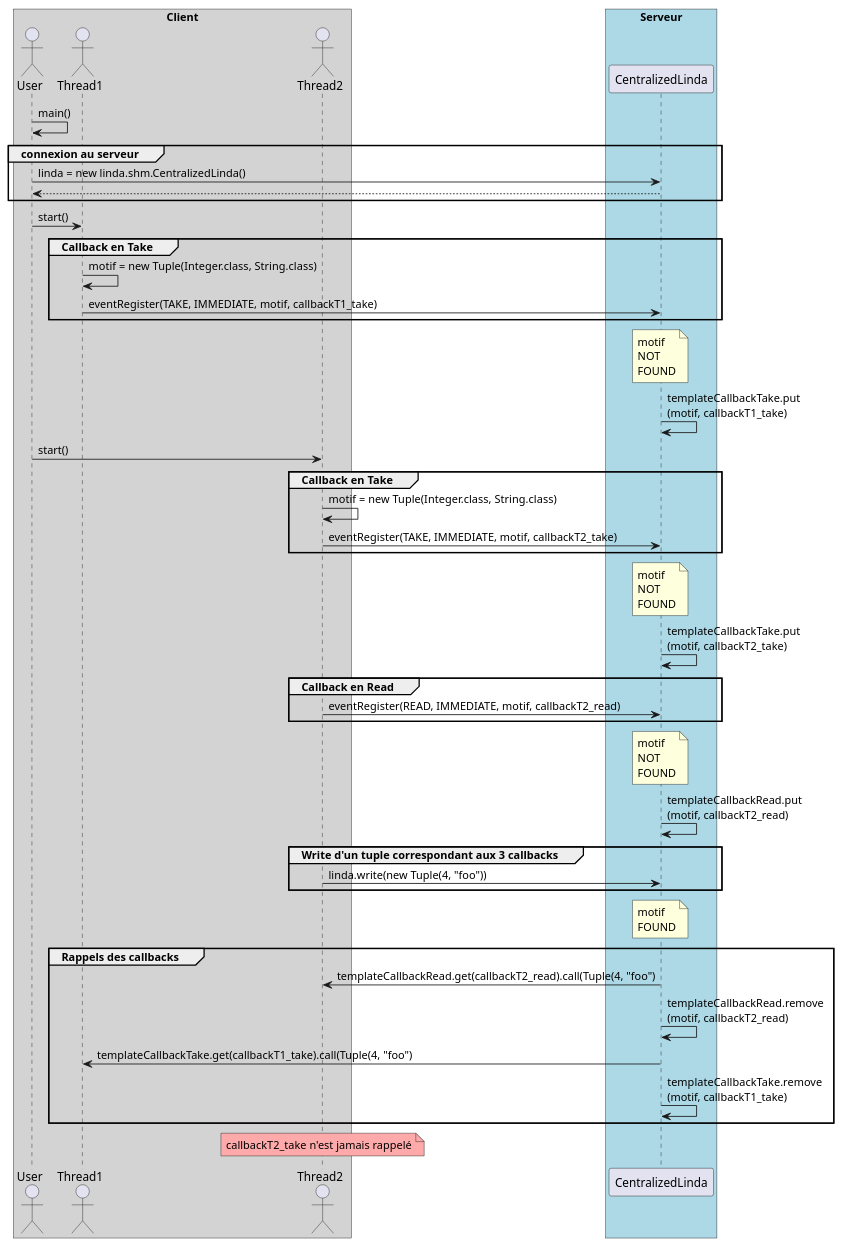
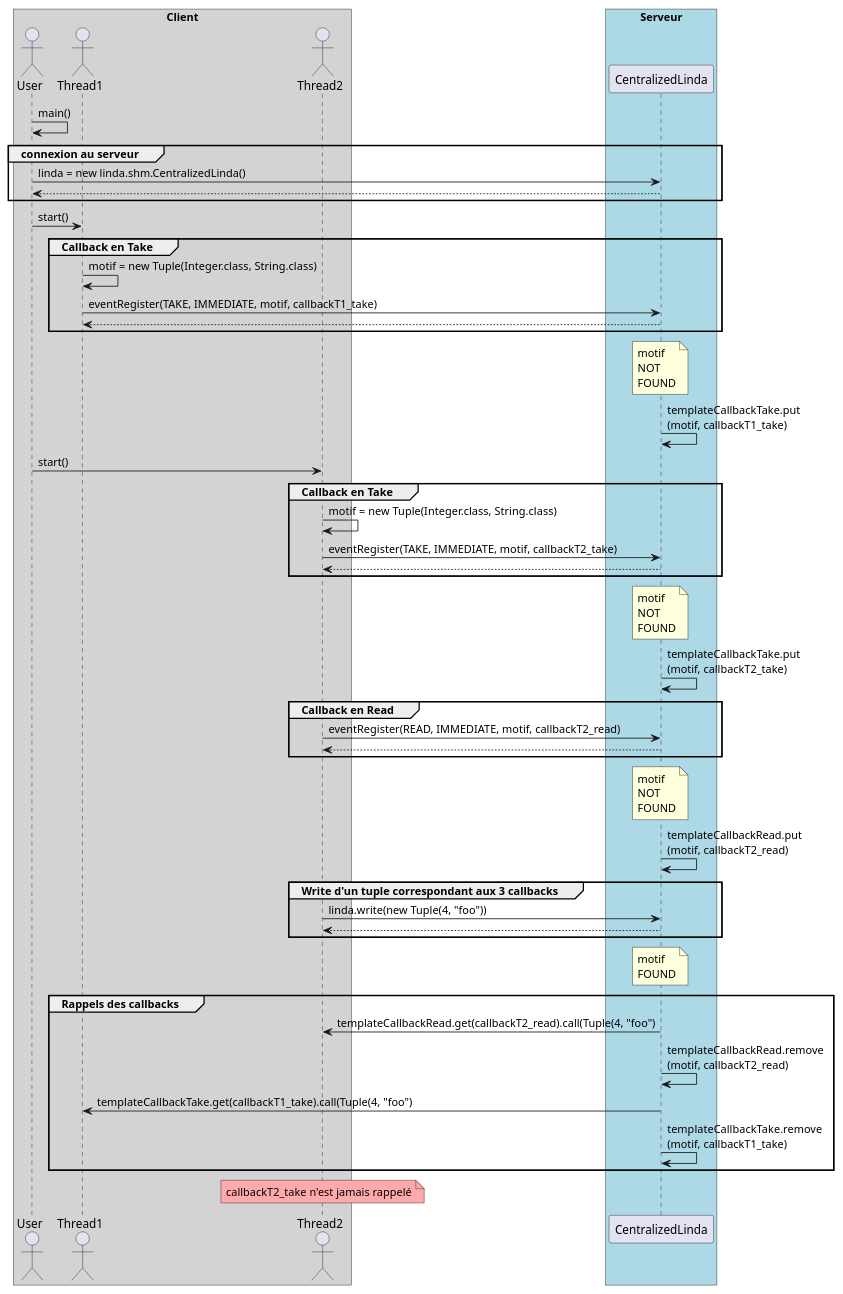
One commit to HayZun/Intergiciel changed the diagram in linda/shm/Diagram/Sequences/Sequence_callbacks.plantuml. Above: the diagram before and after it, drawn with PlantUML. The commit also changed 11 other files, not shown here.

```diff
--- a/linda/shm/Diagram/Sequences/Sequence_callbacks.plantuml
+++ b/linda/shm/Diagram/Sequences/Sequence_callbacks.plantuml
@@ -1,82 +1,90 @@
 @startuml
 
 box "Client" #LightGrey
 actor User
 actor Thread1
 actor Thread2
 end box
 box "Serveur" #LightBlue
 participant "CentralizedLinda" as Linda
 end box
 
 User -> User: main()
 
 group connexion au serveur
 
 User -> Linda: linda = new linda.shm.CentralizedLinda()
 
 Linda --> User
 
 end
 
 User -> Thread1: start()
 
 group Callback en Take
 
 Thread1 -> Thread1 : motif = new Tuple(Integer.class, String.class)
 
 Thread1 -> Linda: eventRegister(TAKE, IMMEDIATE, motif, callbackT1_take)
 
+Linda --> Thread1
+
 end
 
 note over Linda : motif \nNOT \nFOUND
 
 Linda -> Linda : templateCallbackTake.put\n(motif, callbackT1_take)
 
 User -> Thread2: start()
 
 group Callback en Take
 
 Thread2 -> Thread2 : motif = new Tuple(Integer.class, String.class)
 
 Thread2 -> Linda: eventRegister(TAKE, IMMEDIATE, motif, callbackT2_take)
 
+Linda --> Thread2
+
 end
 
 note over Linda : motif \nNOT \nFOUND
 
 Linda -> Linda : templateCallbackTake.put\n(motif, callbackT2_take)
 
 group Callback en Read
 
 Thread2 -> Linda: eventRegister(READ, IMMEDIATE, motif, callbackT2_read)
 
+Linda --> Thread2
+
 end
 
 note over Linda : motif \nNOT \nFOUND
 
 Linda -> Linda : templateCallbackRead.put\n(motif, callbackT2_read)
 
 group Write d'un tuple correspondant aux 3 callbacks
 
 Thread2 -> Linda: linda.write(new Tuple(4, "foo"))
+
+Linda --> Thread2
 
 end
 
 note over Linda : motif \nFOUND
 
 group Rappels des callbacks
 
 Linda -> Thread2 : templateCallbackRead.get(callbackT2_read).call(Tuple(4, "foo") 
 
 Linda -> Linda : templateCallbackRead.remove\n(motif, callbackT2_read)
 
 Linda -> Thread1 : templateCallbackTake.get(callbackT1_take).call(Tuple(4, "foo")
 
 Linda -> Linda : templateCallbackTake.remove\n(motif, callbackT1_take)
 
 end
 
 note over Thread2 #FFAAAA: callbackT2_take n'est jamais rappelé
 
 @enduml
```
